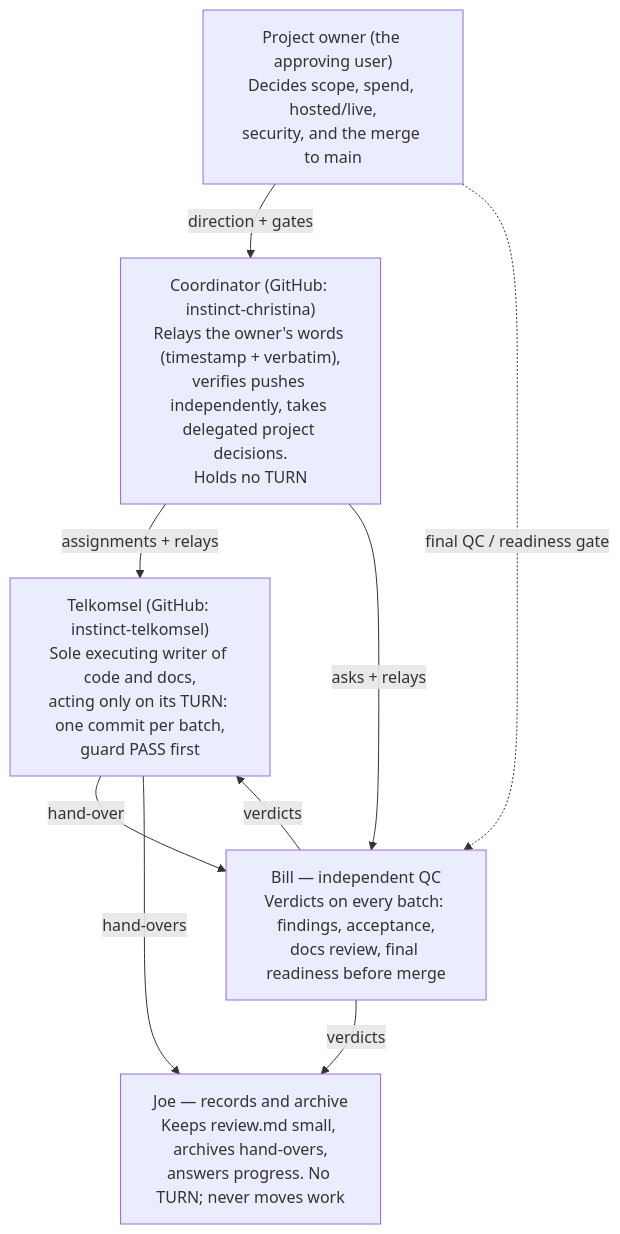
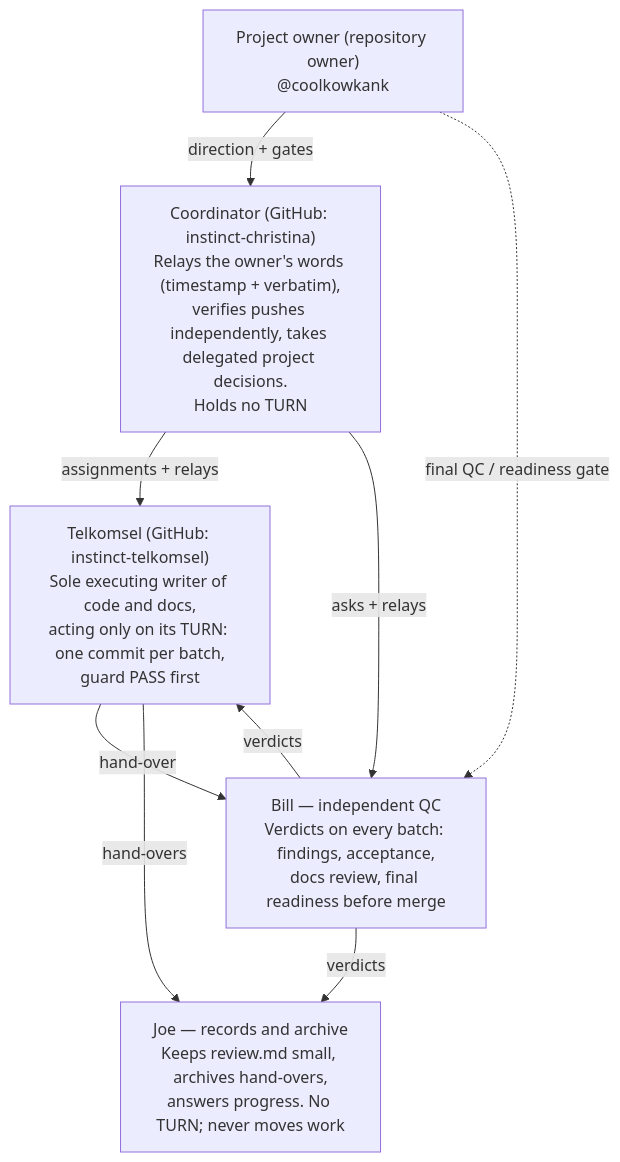
The diagram in TEAM.md (MFahadSa/Nordea-x-Aalto-Banking-), drawn with Mermaid before and after one commit. The commit also changed other lines of this file and 4 other files, not shown here.

Commit message:
Telkomsel: avatar team chart (docs/team-chart-avatars.png) + README collapsible instruction sections (Coordinator wording, DEV_MONITOR warning outside folds) + caption/label alignment. Docs only. TURN: Bill

````diff
--- a/TEAM.md
+++ b/TEAM.md
@@ -9,17 +11,17 @@
 ```mermaid
 flowchart TD
-    Owner["Project owner (the approving user)<br/>Decides scope, spend, hosted/live,<br/>security, and the merge to main"]
+    Owner["Project owner (repository owner)<br/>@coolkowkank"]
     Coord["Coordinator (GitHub: instinct-christina)<br/>Relays the owner's words (timestamp + verbatim),<br/>verifies pushes independently, takes delegated project decisions.<br/>Holds no TURN"]
     Tel["Telkomsel (GitHub: instinct-telkomsel)<br/>Sole executing writer of code and docs,<br/>acting only on its TURN: one commit per batch,<br/>guard PASS first"]
     Bill["Bill — independent QC<br/>Verdicts on every batch: findings, acceptance,<br/>docs review, final readiness before merge"]
     Joe["Joe — records and archive<br/>Keeps review.md small, archives hand-overs,<br/>answers progress. No TURN; never moves work"]
 
     Owner -->|direction + gates| Coord
     Coord -->|assignments + relays| Tel
     Coord -->|asks + relays| Bill
     Tel -->|hand-over| Bill
     Bill -->|verdicts| Tel
     Tel -->|hand-overs| Joe
     Bill -->|verdicts| Joe
     Owner -.->|"final QC / readiness gate"| Bill
 ```
````
